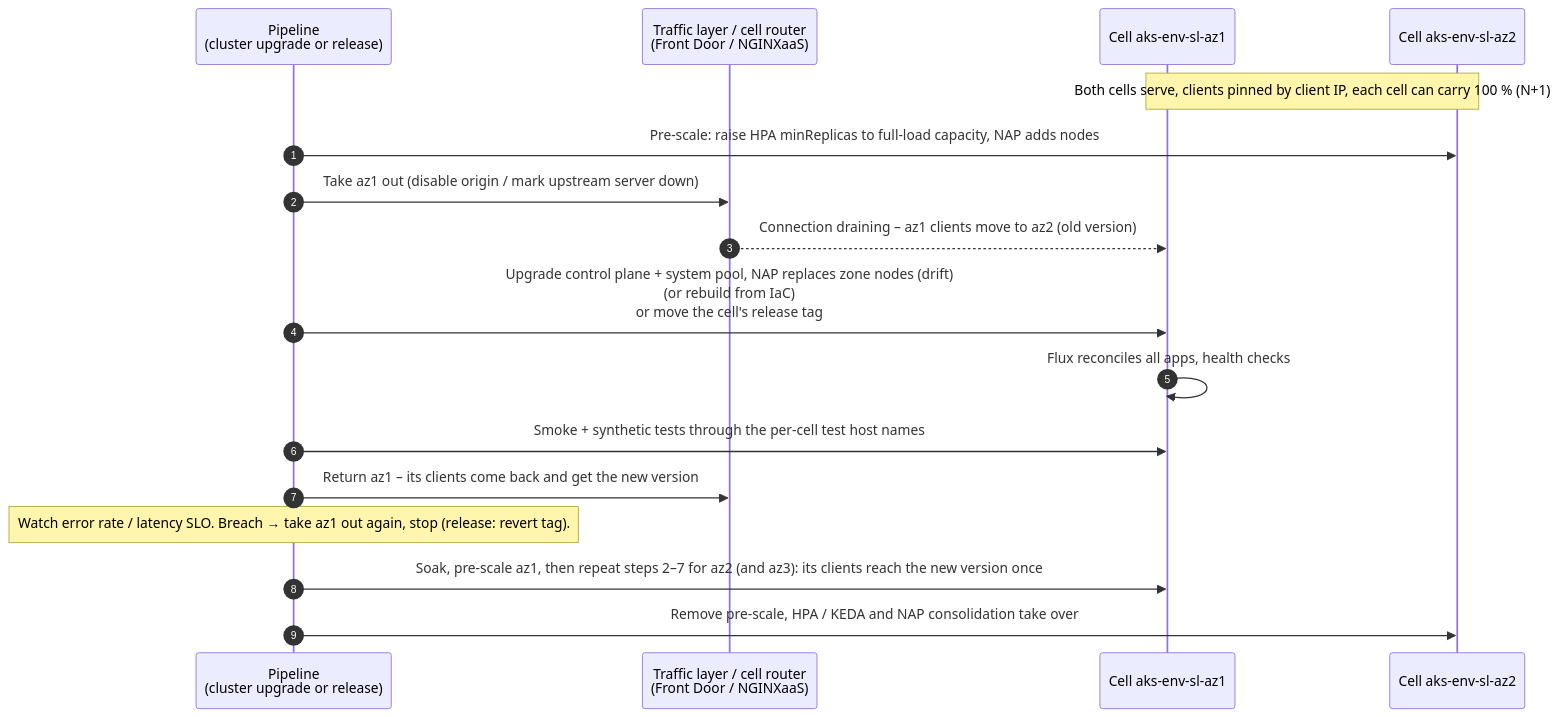
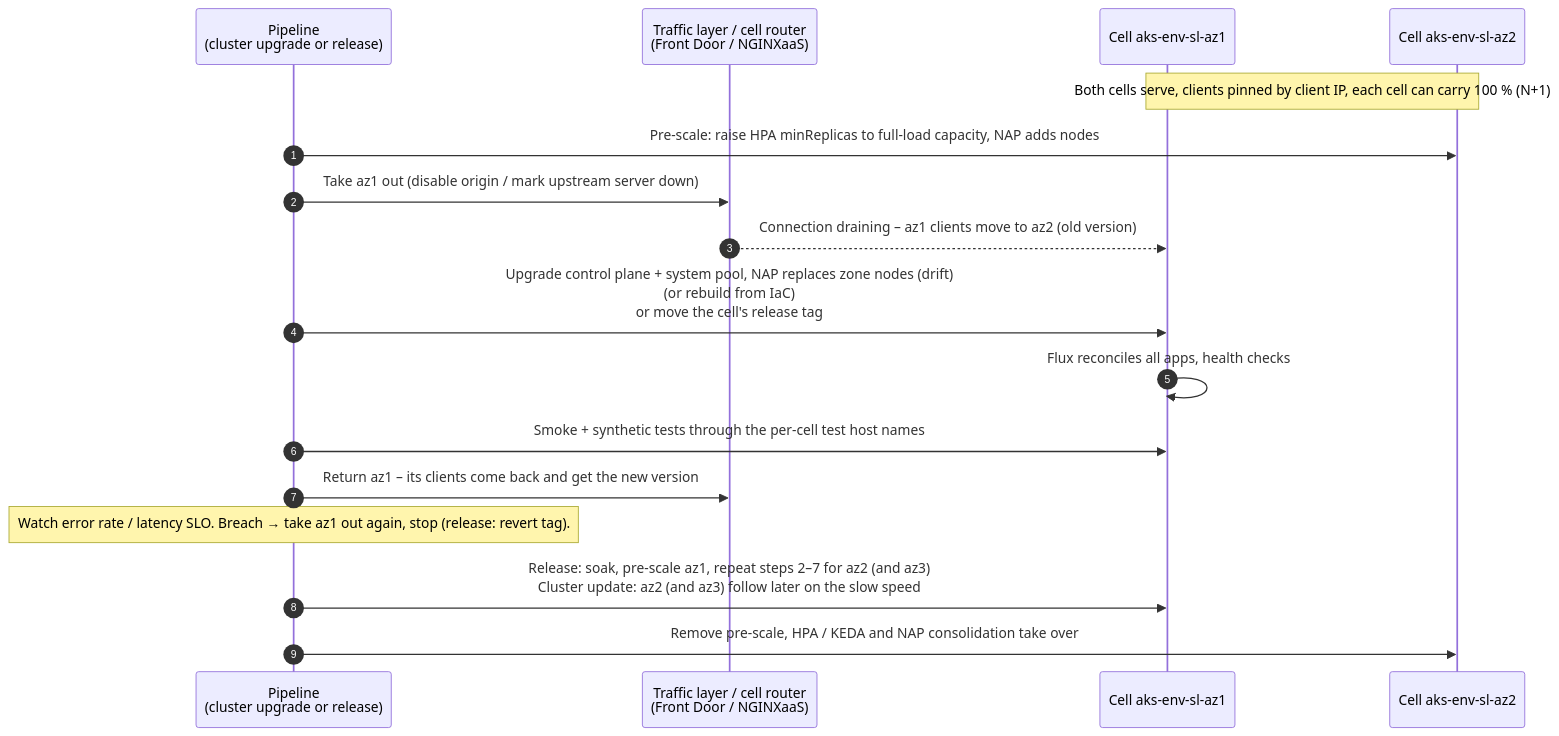
One commit to olljanat-ai/aks-design changed the diagram in diagrams/11-stateless-upgrade.mmd. Above: the diagram before and after it, drawn with Mermaid. The commit also changed 8 other files, not shown here.

```diff
--- a/diagrams/11-stateless-upgrade.mmd
+++ b/diagrams/11-stateless-upgrade.mmd
@@ -1,19 +1,19 @@
 %% Zero-downtime change of the cells (stateless clusters): one cell at a time is drained from the traffic layer,
 %% changed (cluster upgrade, rebuild or application release), verified and put back. Same pipeline in dev, acc, prd.
 sequenceDiagram
     autonumber
     participant P as Pipeline<br/>(cluster upgrade or release)
     participant T as Traffic layer / cell router<br/>(Front Door / NGINXaaS)
     participant A as Cell aks-env-sl-az1
     participant B as Cell aks-env-sl-az2
     Note over A,B: Both cells serve, clients pinned by client IP, each cell can carry 100 % (N+1)
     P->>B: Pre-scale: raise HPA minReplicas to full-load capacity, NAP adds nodes
     P->>T: Take az1 out (disable origin / mark upstream server down)
     T-->>A: Connection draining – az1 clients move to az2 (old version)
     P->>A: Upgrade control plane + system pool, NAP replaces zone nodes (drift)<br/>(or rebuild from IaC)<br/>or move the cell's release tag
     A->>A: Flux reconciles all apps, health checks
     P->>A: Smoke + synthetic tests through the per-cell test host names
     P->>T: Return az1 – its clients come back and get the new version
     Note over P: Watch error rate / latency SLO. Breach → take az1 out again, stop (release: revert tag).
-    P->>A: Soak, pre-scale az1, then repeat steps 2–7 for az2 (and az3): its clients reach the new version once
+    P->>A: Release: soak, pre-scale az1, repeat steps 2–7 for az2 (and az3)<br/>Cluster update: az2 (and az3) follow later on the slow speed
     P->>B: Remove pre-scale, HPA / KEDA and NAP consolidation take over
```
